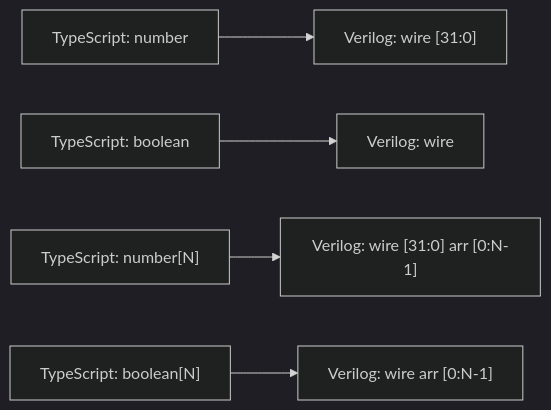
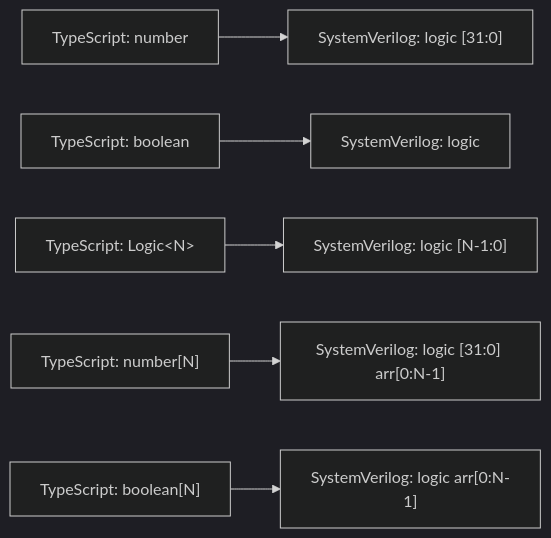
Before and after one commit to thecharge/sndv-hdl: the fourth of 7 diagrams in docs/architecture.md, drawn with Mermaid (dark theme). The commit also changed other lines of this file and 31 other files, not shown here.

````diff
--- a/docs/architecture.md
+++ b/docs/architecture.md
@@ -59,7 +59,8 @@
 ```mermaid
 graph LR
-    TS_Number["TypeScript: number"] --> V_Wire32["Verilog: wire [31:0]"]
-    TS_Bool["TypeScript: boolean"] --> V_Wire1["Verilog: wire"]
-    TS_NumArr["TypeScript: number[N]"] --> V_RegArr["Verilog: wire [31:0] arr [0:N-1]"]
-    TS_BoolArr["TypeScript: boolean[N]"] --> V_RegArr1["Verilog: wire arr [0:N-1]"]
+    TS_Number["TypeScript: number"]     --> SV_Logic32["SystemVerilog: logic [31:0]"]
+    TS_Bool["TypeScript: boolean"]       --> SV_Logic1["SystemVerilog: logic"]
+    TS_LogicN["TypeScript: Logic&lt;N&gt;"]   --> SV_LogicN["SystemVerilog: logic [N-1:0]"]
+    TS_NumArr["TypeScript: number[N]"]   --> SV_Arr["SystemVerilog: logic [31:0] arr[0:N-1]"]
+    TS_BoolArr["TypeScript: boolean[N]"] --> SV_Arr1["SystemVerilog: logic arr[0:N-1]"]
 ```
````
